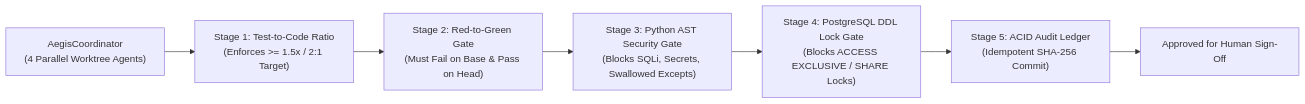
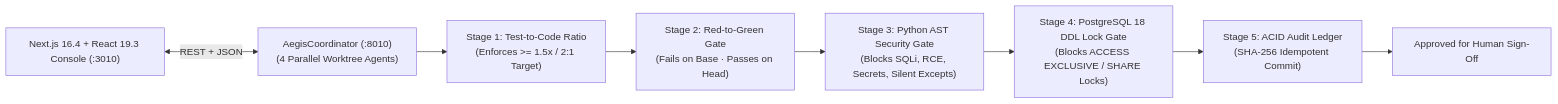
Before and after one commit to whysari/aegis-ci: the diagram in README.md, drawn with Mermaid. The commit also changed other lines of this file and 4 other files, not shown here.

Commit message:
feat(ui,ci): upgrade ReleaseGateConsole with interactive 5-stage pipeline, preset defect injector & full-stack CI

````diff
--- a/README.md
+++ b/README.md
@@ -14,9 +21,10 @@
 ```mermaid
 flowchart LR
-    Coord["AegisCoordinator\n(4 Parallel Worktree Agents)"] --> S1["Stage 1: Test-to-Code Ratio\n(Enforces >= 1.5x / 2:1 Target)"]
-    S1 --> S2["Stage 2: Red-to-Green Gate\n(Must Fail on Base & Pass on Head)"]
-    S2 --> S3["Stage 3: Python AST Security Gate\n(Blocks SQLi, Secrets, Swallowed Excepts)"]
-    S3 --> S4["Stage 4: PostgreSQL DDL Lock Gate\n(Blocks ACCESS EXCLUSIVE / SHARE Locks)"]
-    S4 --> S5["Stage 5: ACID Audit Ledger\n(Idempotent SHA-256 Commit)"]
+    UI["Next.js 16.4 + React 19.3 Console (:3010)"] <-->|REST + JSON| Coord["AegisCoordinator (:8010)\n(4 Parallel Worktree Agents)"]
+    Coord --> S1["Stage 1: Test-to-Code Ratio\n(Enforces >= 1.5x / 2:1 Target)"]
+    S1 --> S2["Stage 2: Red-to-Green Gate\n(Fails on Base · Passes on Head)"]
+    S2 --> S3["Stage 3: Python AST Security Gate\n(Blocks SQLi, RCE, Secrets, Silent Excepts)"]
+    S3 --> S4["Stage 4: PostgreSQL 18 DDL Lock Gate\n(Blocks ACCESS EXCLUSIVE / SHARE Locks)"]
+    S4 --> S5["Stage 5: ACID Audit Ledger\n(SHA-256 Idempotent Commit)"]
     S5 --> Merge["Approved for Human Sign-Off"]
 ```
````
